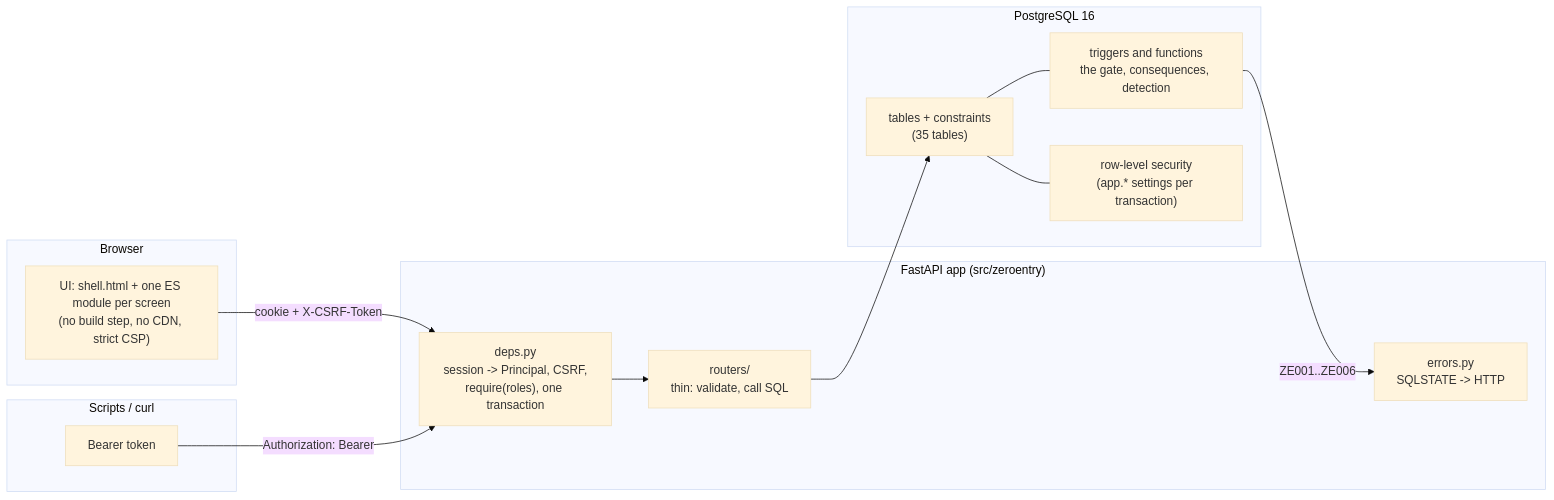
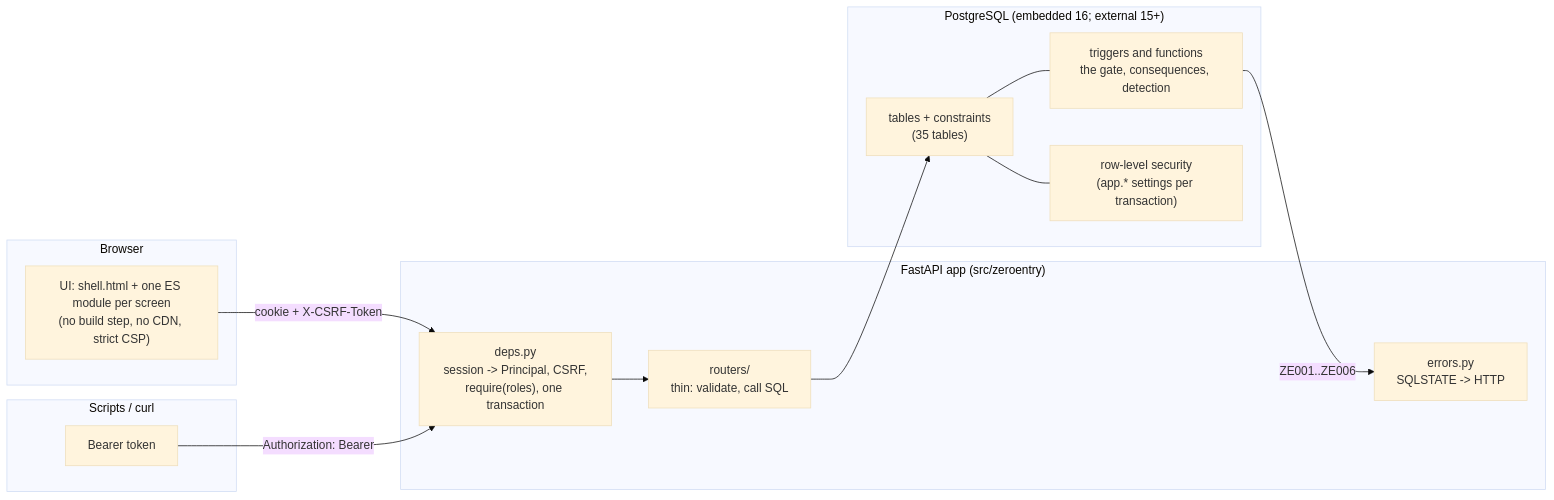
One commit to Vyas-Vis06/DBThon- changed the first of 2 diagrams in docs/ARCHITECTURE.md. Above: the diagram before and after it, drawn with Mermaid (base theme). The commit also changed other lines of this file and 27 other files, not shown here.

````diff
--- a/docs/ARCHITECTURE.md
+++ b/docs/ARCHITECTURE.md
@@ -9,25 +13,25 @@
 ```mermaid
 flowchart LR
   subgraph Browser
     UI["UI: shell.html + one ES module per screen<br/>(no build step, no CDN, strict CSP)"]
   end
   subgraph Client["Scripts / curl"]
     CLI["Bearer token"]
   end
   subgraph App["FastAPI app (src/zeroentry)"]
     D["deps.py<br/>session -> Principal, CSRF,<br/>require(roles), one transaction"]
     R["routers/<br/>thin: validate, call SQL"]
     E["errors.py<br/>SQLSTATE -> HTTP"]
   end
-  subgraph PG["PostgreSQL 16"]
+  subgraph PG["PostgreSQL (embedded 16; external 15+)"]
     S["tables + constraints<br/>(35 tables)"]
     T["triggers and functions<br/>the gate, consequences, detection"]
     P["row-level security<br/>(app.* settings per transaction)"]
   end
   UI -- "cookie + X-CSRF-Token" --> D
   CLI -- "Authorization: Bearer" --> D
   D --> R --> S
   S --- T
   S --- P
   T -- "ZE001..ZE006" --> E
 ```
````
